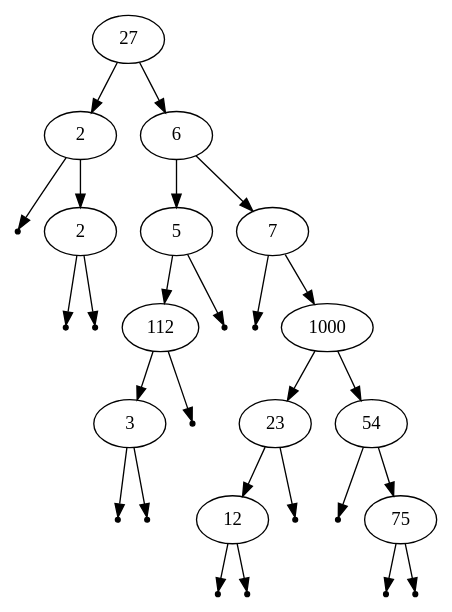
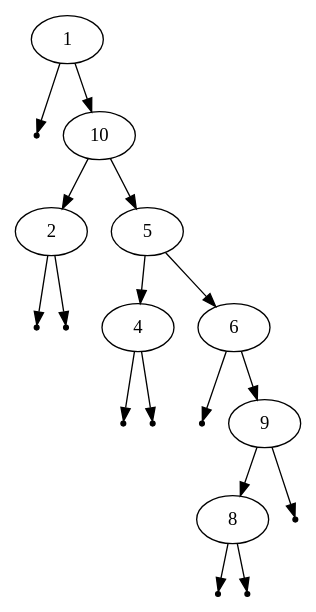
One commit to aschey/cs260 changed the diagram in graph.dot. Above: the diagram before and after it, drawn with Graphviz. The commit also changed 4 other files, not shown here.

```diff
--- a/graph.dot
+++ b/graph.dot
@@ -1,56 +1,36 @@
 digraph {
 graph [ordering="out"];
-Node0 [label=27];
-Node1 [label=2];
+Node0 [label=1];
+Null0 [shape=point]
+;Node0 -> Null0;
+Node1 [label=10];
 Node0 -> Node1;
-Node2 [label=6];
-Node0 -> Node2;
-Null0 [shape=point]
-;Node1 -> Null0;
-Node3 [label=2];
+Node2 [label=2];
+Node1 -> Node2;
+Node3 [label=5];
 Node1 -> Node3;
-Node4 [label=5];
-Node2 -> Node4;
-Node5 [label=7];
-Node2 -> Node5;
 Null1 [shape=point]
-;Node3 -> Null1;
+;Node2 -> Null1;
 Null2 [shape=point]
-;Node3 -> Null2;
-Node6 [label=112];
-Node4 -> Node6;
+;Node2 -> Null2;
+Node4 [label=4];
+Node3 -> Node4;
+Node5 [label=6];
+Node3 -> Node5;
 Null3 [shape=point]
 ;Node4 -> Null3;
 Null4 [shape=point]
-;Node5 -> Null4;
-Node7 [label=1000];
-Node5 -> Node7;
-Node8 [label=3];
-Node6 -> Node8;
+;Node4 -> Null4;
 Null5 [shape=point]
-;Node6 -> Null5;
-Node9 [label=23];
-Node7 -> Node9;
-Node10 [label=54];
-Node7 -> Node10;
+;Node5 -> Null5;
+Node6 [label=9];
+Node5 -> Node6;
+Node7 [label=8];
+Node6 -> Node7;
 Null6 [shape=point]
-;Node8 -> Null6;
+;Node6 -> Null6;
 Null7 [shape=point]
-;Node8 -> Null7;
-Node11 [label=12];
-Node9 -> Node11;
+;Node7 -> Null7;
 Null8 [shape=point]
-;Node9 -> Null8;
-Null9 [shape=point]
-;Node10 -> Null9;
-Node12 [label=75];
-Node10 -> Node12;
-Null10 [shape=point]
-;Node11 -> Null10;
-Null11 [shape=point]
-;Node11 -> Null11;
-Null12 [shape=point]
-;Node12 -> Null12;
-Null13 [shape=point]
-;Node12 -> Null13;
+;Node7 -> Null8;
 }
```
